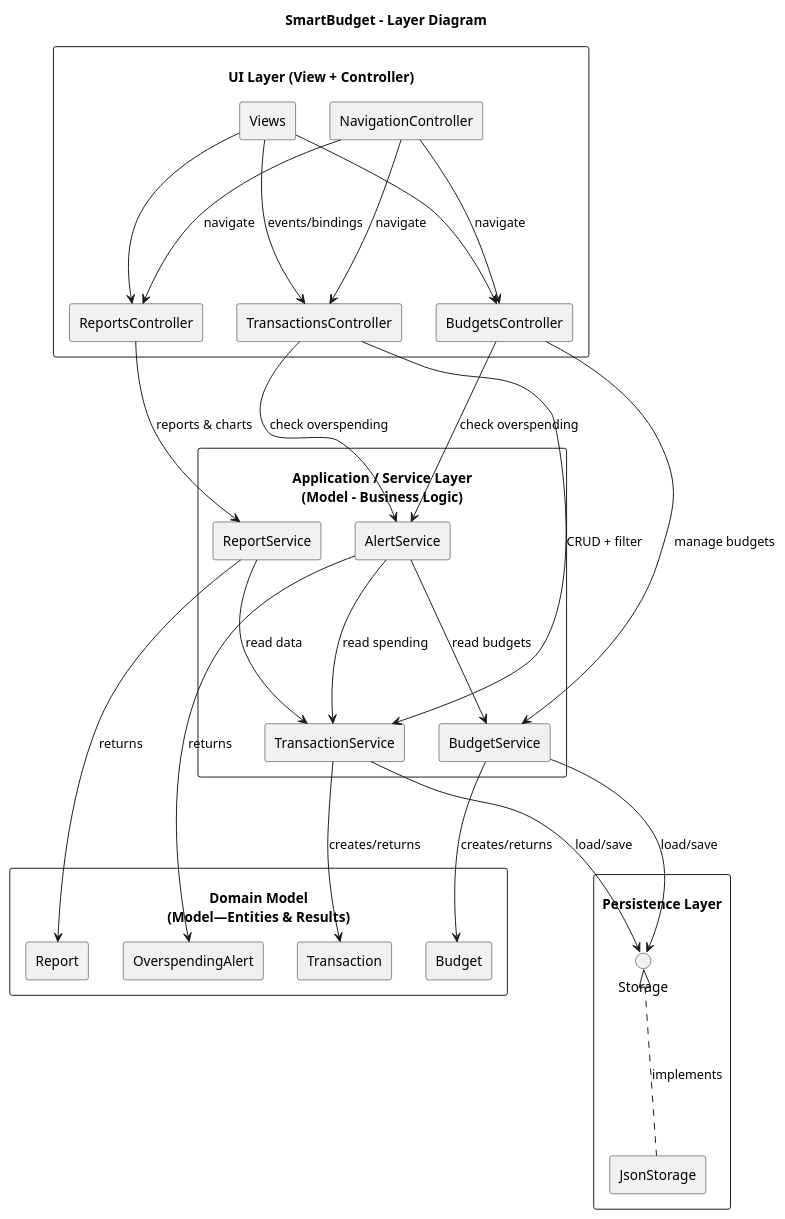
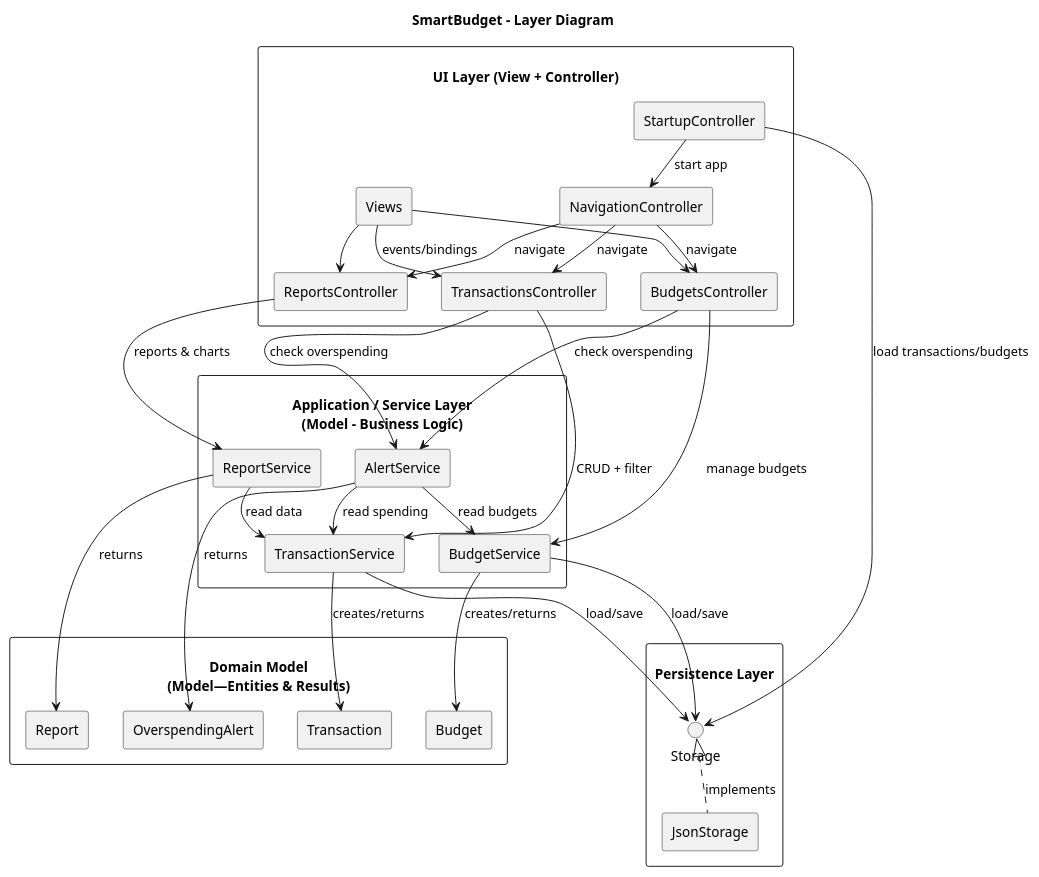
Before and after one commit to mohsenpasdar/smartbudget: the diagram in docs/diagrams/layer diagram/layer.puml, drawn with PlantUML. The commit also changed 1 other file, not shown here.

Commit message:
make layer diagram consistent with other diagrams and update png file

```diff
--- a/docs/diagrams/layer diagram/layer.puml
+++ b/docs/diagrams/layer diagram/layer.puml
@@ -1,74 +1,78 @@
 @startuml
 title SmartBudget - Layer Diagram
 
 skinparam componentStyle rectangle
 skinparam packageStyle rectangle
 skinparam linetype line
-skinparam ranksep 150
+skinparam ranksep 30
 
 package "\nUI Layer (View + Controller)" as UI {
   [Views] as Views
 
   [TransactionsController] as TxCtrl
   [BudgetsController] as BudCtrl
   [ReportsController] as RepCtrl
   [NavigationController] as NavCtrl
+  [StartupController] as StartCtrl
 }
 
 package "\nApplication / Service Layer\n(Model - Business Logic)" as SVC {
   [TransactionService] as TxSvc
   [BudgetService] as BudSvc
   [ReportService] as RepSvc
   [AlertService] as AlertSvc
 }
 
 package "\nDomain Model\n(Model—Entities & Results)" as DOMAIN {
   [Transaction] as Tx
   [Budget] as Bud
 
   '[Category <<enum>>] as Cat
   '[TransactionType <<enum>>] as TxType
 
   [Report] as Report
   [OverspendingAlert] as Alert
 }
 
 package "\nPersistence Layer" as PERSIST {
   interface "Storage" as Storage
   [JsonStorage] as JsonStore
 }
 
 ' --- UI depends on Services ---
 TxCtrl --> TxSvc : CRUD + filter
 TxCtrl --> AlertSvc : check overspending
 
 BudCtrl --> BudSvc : manage budgets
 BudCtrl --> AlertSvc : check overspending
 
 RepCtrl --> RepSvc : reports & charts
 
 NavCtrl --> TxCtrl : navigate
 NavCtrl --> BudCtrl : navigate
 NavCtrl --> RepCtrl : navigate
 
+StartCtrl --> Storage : load transactions/budgets
+StartCtrl --> NavCtrl : start app
+
 Views --> TxCtrl : events/bindings
 Views --> BudCtrl
 Views --> RepCtrl
 
 ' --- Services depend on Domain ---
 TxSvc --> Tx : creates/returns
 BudSvc --> Bud : creates/returns
 RepSvc --> Report : returns
 AlertSvc --> Alert : returns
 
 ' --- Service-to-service dependencies ---
 RepSvc --> TxSvc : read data
 AlertSvc --> BudSvc : read budgets
 AlertSvc --> TxSvc : read spending
 
 ' --- Persistence ---
 TxSvc --> Storage : load/save
 BudSvc --> Storage : load/save
 Storage <|.. JsonStore : implements
 
 @enduml
```
